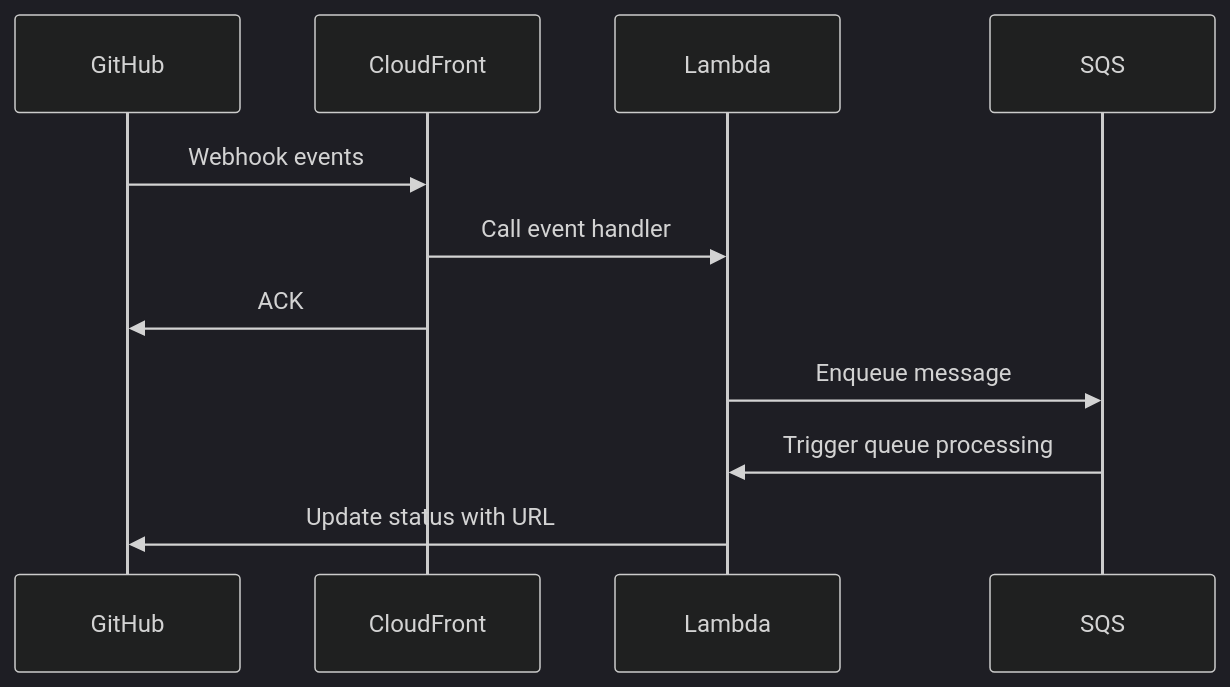
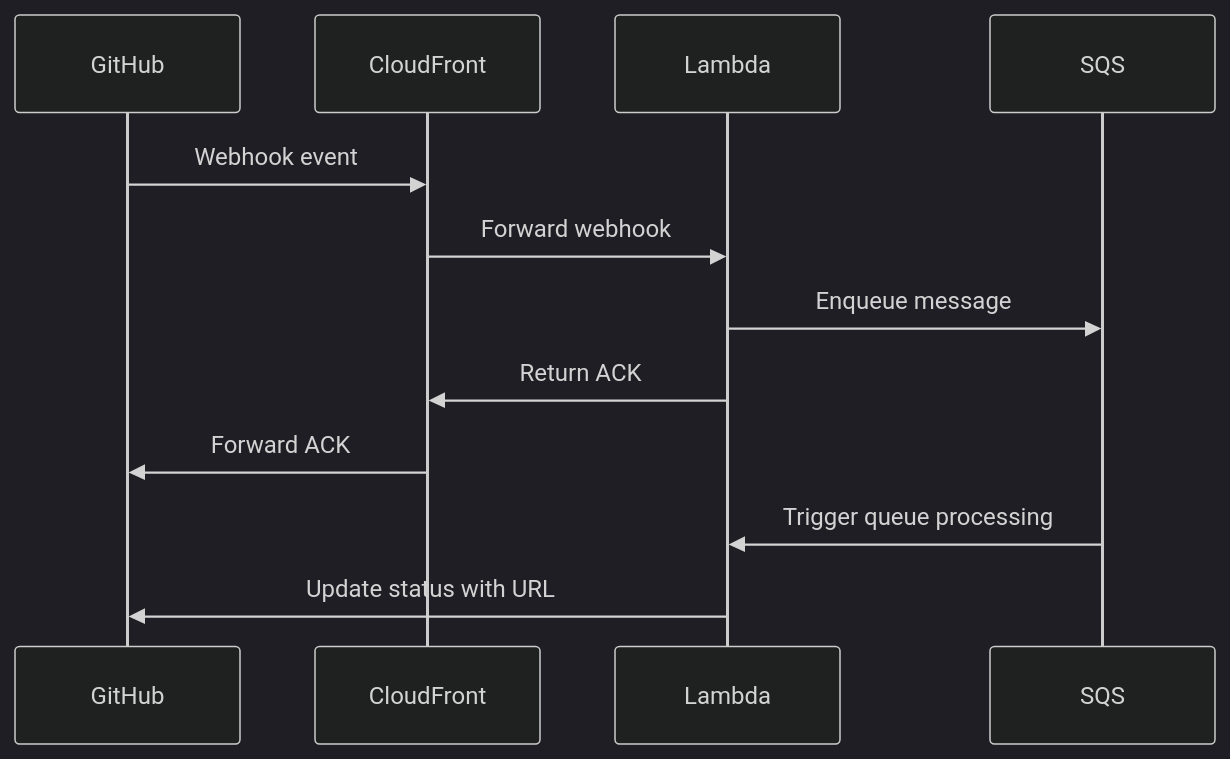
The diagram in CONTRIBUTING.md (lasuillard-s/prevstat), drawn with Mermaid (dark theme) before and after one commit. The commit also changed other lines of this file and 1 other file, not shown here.

Commit message:
Clarify project overview and sequence diagram
Updated project overview and sequence diagram for clarity.

````diff
--- a/CONTRIBUTING.md
+++ b/CONTRIBUTING.md
@@ -13,14 +13,15 @@
 ```mermaid
 sequenceDiagram
   participant github as GitHub
   participant cloudfront as CloudFront
   participant lambda as Lambda
   participant sqs as SQS
 
-  github ->> cloudfront: Webhook events
-  cloudfront ->> lambda: Call event handler
-  cloudfront ->> github: ACK
+  github ->> cloudfront: Webhook event
+  cloudfront ->> lambda: Forward webhook
   lambda ->> sqs: Enqueue message
+  lambda ->> cloudfront: Return ACK
+  cloudfront ->> github: Forward ACK
   sqs ->> lambda: Trigger queue processing
   lambda ->> github: Update status with URL
 ```
````
